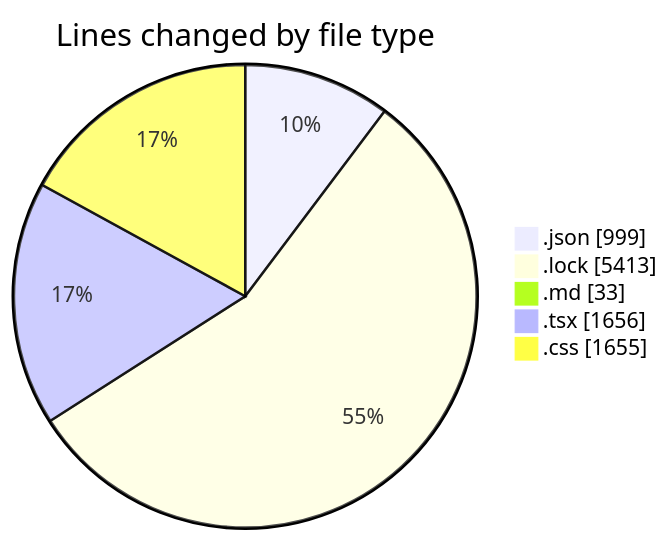
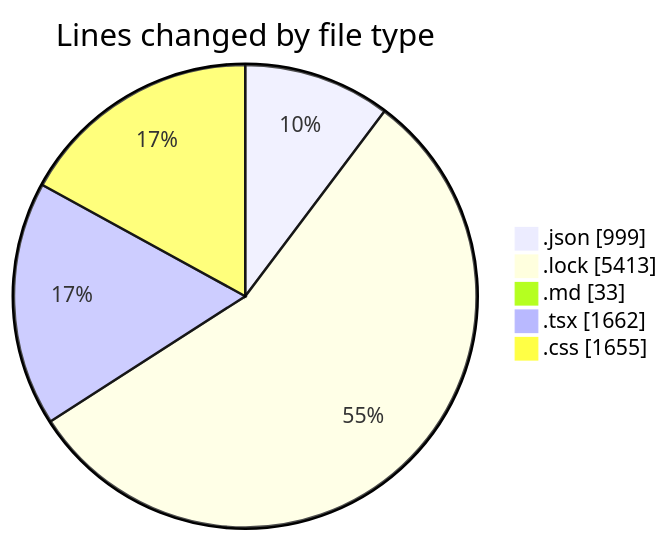
One commit to EIIisD/code-tracking changed the first of 2 diagrams in 2025-08-11/ribbon/README.md. Above: the diagram before and after it, drawn with Mermaid. The commit also changed other lines of this file and 1 other file, not shown here.

````diff
--- a/2025-08-11/ribbon/README.md
+++ b/2025-08-11/ribbon/README.md
@@ -40,9 +40,9 @@
 ```mermaid
 pie showData
 title Lines changed by file type
 ".json" : 999
 ".lock" : 5413
 ".md" : 33
-".tsx" : 1656
+".tsx" : 1662
 ".css" : 1655
 ```
````
